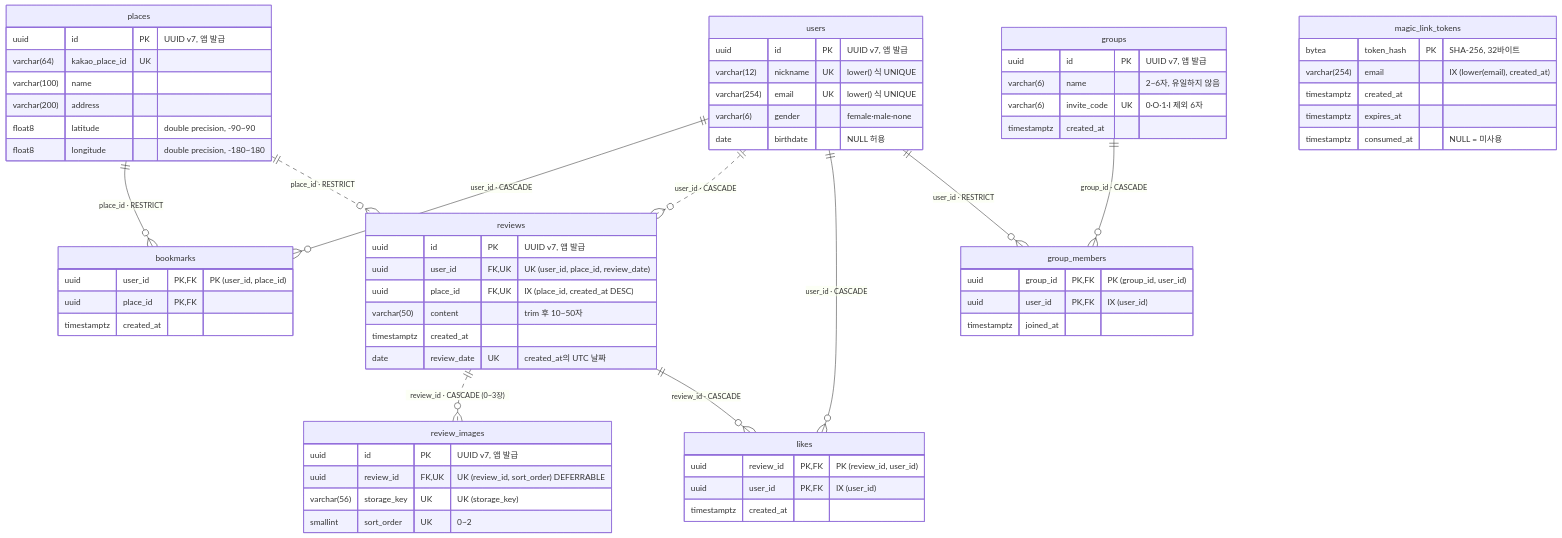
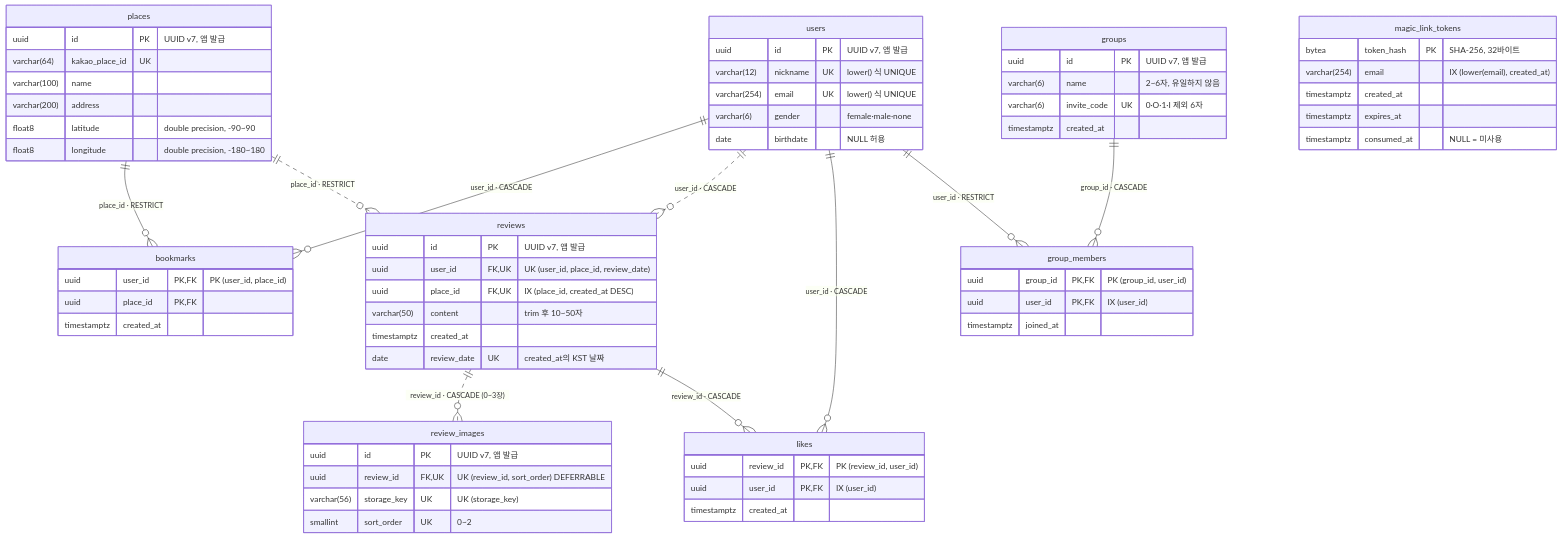
Before and after one commit to kangdong527/nook_csharp: the diagram in docs/design/erd.md, drawn with Mermaid. The commit also changed other lines of this file and 8 other files, not shown here.

First line of the commit message:
feat(review): count "one review per day" in KST instead of UTC (R-RV-03)

````diff
--- a/docs/design/erd.md
+++ b/docs/design/erd.md
@@ -12,78 +12,78 @@
 ```mermaid
 erDiagram
     users ||--o{ bookmarks : "user_id · CASCADE"
     places ||--o{ bookmarks : "place_id · RESTRICT"
     users ||..o{ reviews : "user_id · CASCADE"
     places ||..o{ reviews : "place_id · RESTRICT"
     reviews ||..o{ review_images : "review_id · CASCADE (0~3장)"
     reviews ||--o{ likes : "review_id · CASCADE"
     users ||--o{ likes : "user_id · CASCADE"
     groups ||--o{ group_members : "group_id · CASCADE"
     users ||--o{ group_members : "user_id · RESTRICT"
 
     users {
         uuid id PK "UUID v7, 앱 발급"
         varchar(12) nickname UK "lower() 식 UNIQUE"
         varchar(254) email UK "lower() 식 UNIQUE"
         varchar(6) gender "female·male·none"
         date birthdate "NULL 허용"
     }
 
     places {
         uuid id PK "UUID v7, 앱 발급"
         varchar(64) kakao_place_id UK
         varchar(100) name
         varchar(200) address
         float8 latitude "double precision, -90~90"
         float8 longitude "double precision, -180~180"
     }
 
     bookmarks {
         uuid user_id PK, FK "PK (user_id, place_id)"
         uuid place_id PK, FK
         timestamptz created_at
     }
 
     reviews {
         uuid id PK "UUID v7, 앱 발급"
         uuid user_id FK, UK "UK (user_id, place_id, review_date)"
         uuid place_id FK, UK "IX (place_id, created_at DESC)"
         varchar(50) content "trim 후 10~50자"
         timestamptz created_at
-        date review_date UK "created_at의 UTC 날짜"
+        date review_date UK "created_at의 KST 날짜"
     }
 
     review_images {
         uuid id PK "UUID v7, 앱 발급"
         uuid review_id FK, UK "UK (review_id, sort_order) DEFERRABLE"
         varchar(56) storage_key UK "UK (storage_key)"
         smallint sort_order UK "0~2"
     }
 
     likes {
         uuid review_id PK, FK "PK (review_id, user_id)"
         uuid user_id PK, FK "IX (user_id)"
         timestamptz created_at
     }
 
     groups {
         uuid id PK "UUID v7, 앱 발급"
         varchar(6) name "2~6자, 유일하지 않음"
         varchar(6) invite_code UK "0·O·1·I 제외 6자"
         timestamptz created_at
     }
 
     group_members {
         uuid group_id PK, FK "PK (group_id, user_id)"
         uuid user_id PK, FK "IX (user_id)"
         timestamptz joined_at
     }
 
     magic_link_tokens {
         bytea token_hash PK "SHA-256, 32바이트"
         varchar(254) email "IX (lower(email), created_at)"
         timestamptz created_at
         timestamptz expires_at
         timestamptz consumed_at "NULL = 미사용"
     }
 ```
````
